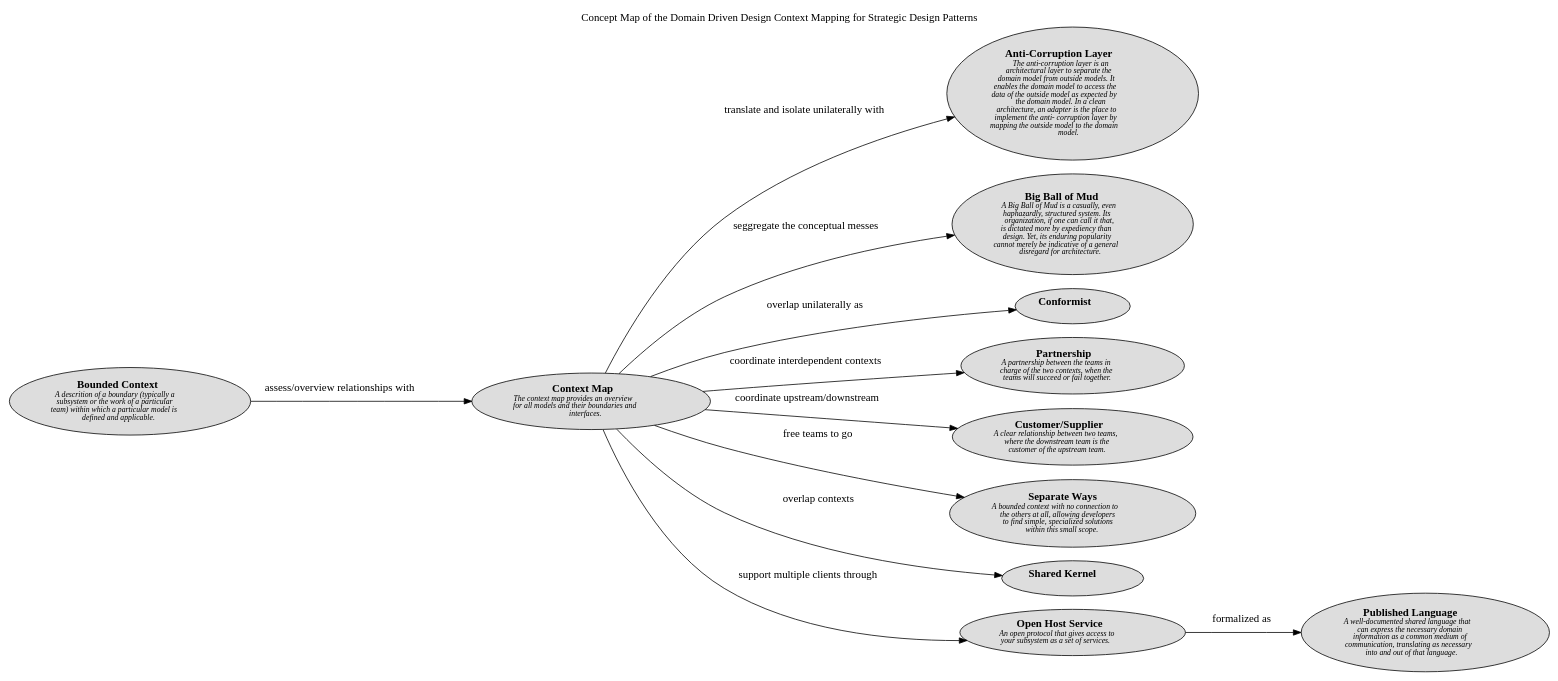
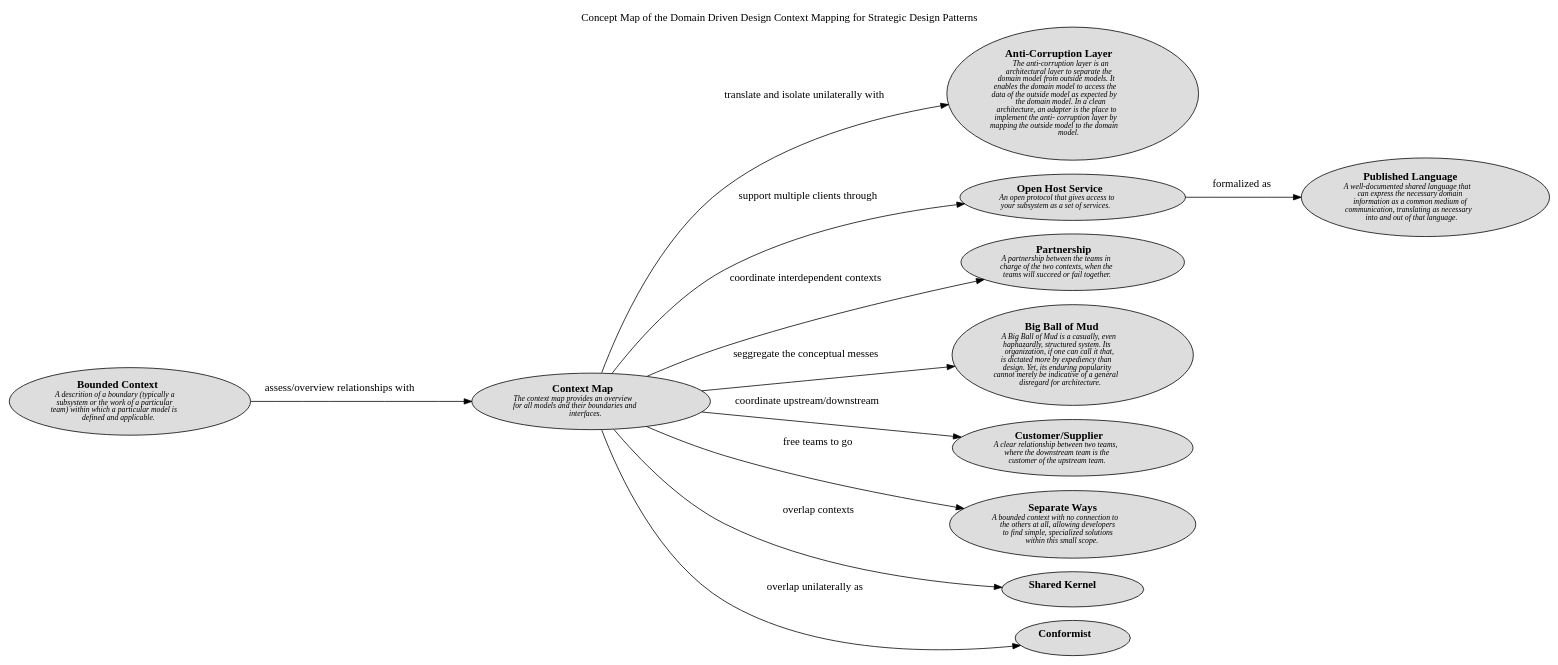
The diagram in docs/software-development/domain-driven-design/context-mapping/concept-view.dot (lsolbach/overarch-models), drawn with Graphviz before and after one commit. The commit also changed other lines of this file and 120 other files, not shown here.

```diff
--- a/docs/software-development/domain-driven-design/context-mapping/concept-view.dot
+++ b/docs/software-development/domain-driven-design/context-mapping/concept-view.dot
@@ -1,32 +1,32 @@
 digraph "Concept Map of the Domain Driven Design Context Mapping for Strategic Design Patterns" {
   labelloc= "t"
   label="Concept Map of the Domain Driven Design Context Mapping for Strategic Design Patterns"
   rankdir="LR"
 
   layout=dot
+software_development_domain_driven_design_context_mapping__c_anti_corruption_layer [shape=ellipse style=filled fillcolor="#dddddd" label=<<B>Anti-Corruption Layer</B><BR/><FONT POINT-SIZE="10"><I>The anti-corruption layer is an<BR/>architectural layer to separate the<BR/>domain model from outside models. It<BR/>enables the domain model to access the<BR/>data of the outside model as expected by<BR/>the domain model. In a clean<BR/>architecture, an adapter is the place to<BR/>implement the anti- corruption layer by<BR/>mapping the outside model to the domain<BR/>model. </I></FONT>>]
+software_development_domain_driven_design_context_mapping__c_open_host_service [shape=ellipse style=filled fillcolor="#dddddd" label=<<B>Open Host Service</B><BR/><FONT POINT-SIZE="10"><I>An open protocol that gives access to<BR/>your subsystem as a set of services. </I></FONT>>]
+software_development_domain_driven_design_context_mapping__c_partnership [shape=ellipse style=filled fillcolor="#dddddd" label=<<B>Partnership</B><BR/><FONT POINT-SIZE="10"><I>A partnership between the teams in<BR/>charge of the two contexts, when the<BR/>teams will succeed or fail together. </I></FONT>>]
+software_development_domain_driven_design_context_mapping__c_big_ball_of_mud [shape=ellipse style=filled fillcolor="#dddddd" label=<<B>Big Ball of Mud</B><BR/><FONT POINT-SIZE="10"><I>A Big Ball of Mud is a casually, even<BR/>haphazardly, structured system. Its<BR/>organization, if one can call it that,<BR/>is dictated more by expediency than<BR/>design. Yet, its enduring popularity<BR/>cannot merely be indicative of a general<BR/>disregard for architecture. </I></FONT>>]
 software_development_domain_driven_design_context_mapping__c_published_language [shape=ellipse style=filled fillcolor="#dddddd" label=<<B>Published Language</B><BR/><FONT POINT-SIZE="10"><I>A well-documented shared language that<BR/>can express the necessary domain<BR/>information as a common medium of<BR/>communication, translating as necessary<BR/>into and out of that language. </I></FONT>>]
-software_development_domain_driven_design_context_mapping__c_anti_corruption_layer [shape=ellipse style=filled fillcolor="#dddddd" label=<<B>Anti-Corruption Layer</B><BR/><FONT POINT-SIZE="10"><I>The anti-corruption layer is an<BR/>architectural layer to separate the<BR/>domain model from outside models. It<BR/>enables the domain model to access the<BR/>data of the outside model as expected by<BR/>the domain model. In a clean<BR/>architecture, an adapter is the place to<BR/>implement the anti- corruption layer by<BR/>mapping the outside model to the domain<BR/>model. </I></FONT>>]
-software_development_domain_driven_design_context_mapping__c_big_ball_of_mud [shape=ellipse style=filled fillcolor="#dddddd" label=<<B>Big Ball of Mud</B><BR/><FONT POINT-SIZE="10"><I>A Big Ball of Mud is a casually, even<BR/>haphazardly, structured system. Its<BR/>organization, if one can call it that,<BR/>is dictated more by expediency than<BR/>design. Yet, its enduring popularity<BR/>cannot merely be indicative of a general<BR/>disregard for architecture. </I></FONT>>]
-software_development_domain_driven_design_context_mapping__c_conformist [shape=ellipse style=filled fillcolor="#dddddd" label=<<B>Conformist</B><BR/><FONT POINT-SIZE="10"><I> </I></FONT>>]
-software_development_domain_driven_design_modelling__c_bounded_context [shape=ellipse style=filled fillcolor="#dddddd" label=<<B>Bounded Context</B><BR/><FONT POINT-SIZE="10"><I>A descrition of a boundary (typically a<BR/>subsystem or the work of a particular<BR/>team) within which a particular model is<BR/>defined and applicable. </I></FONT>>]
-software_development_domain_driven_design_context_mapping__c_partnership [shape=ellipse style=filled fillcolor="#dddddd" label=<<B>Partnership</B><BR/><FONT POINT-SIZE="10"><I>A partnership between the teams in<BR/>charge of the two contexts, when the<BR/>teams will succeed or fail together. </I></FONT>>]
+software_development_domain_driven_design_context_mapping__c_context_map [shape=ellipse style=filled fillcolor="#dddddd" label=<<B>Context Map</B><BR/><FONT POINT-SIZE="10"><I> The context map provides an overview<BR/>for all models and their boundaries and<BR/>interfaces. </I></FONT>>]
 software_development_domain_driven_design_context_mapping__c_customer_supplier [shape=ellipse style=filled fillcolor="#dddddd" label=<<B>Customer/Supplier</B><BR/><FONT POINT-SIZE="10"><I>A clear relationship between two teams,<BR/>where the downstream team is the<BR/>customer of the upstream team. </I></FONT>>]
 software_development_domain_driven_design_context_mapping__c_separate_ways [shape=ellipse style=filled fillcolor="#dddddd" label=<<B>Separate Ways</B><BR/><FONT POINT-SIZE="10"><I>A bounded context with no connection to<BR/>the others at all, allowing developers<BR/>to find simple, specialized solutions<BR/>within this small scope. </I></FONT>>]
-software_development_domain_driven_design_context_mapping__c_context_map [shape=ellipse style=filled fillcolor="#dddddd" label=<<B>Context Map</B><BR/><FONT POINT-SIZE="10"><I> The context map provides an overview<BR/>for all models and their boundaries and<BR/>interfaces. </I></FONT>>]
 software_development_domain_driven_design_context_mapping__c_shared_kernel [shape=ellipse style=filled fillcolor="#dddddd" label=<<B>Shared Kernel</B><BR/><FONT POINT-SIZE="10"><I> </I></FONT>>]
-software_development_domain_driven_design_context_mapping__c_open_host_service [shape=ellipse style=filled fillcolor="#dddddd" label=<<B>Open Host Service</B><BR/><FONT POINT-SIZE="10"><I>An open protocol that gives access to<BR/>your subsystem as a set of services. </I></FONT>>]
+software_development_domain_driven_design_modelling__c_bounded_context [shape=ellipse style=filled fillcolor="#dddddd" label=<<B>Bounded Context</B><BR/><FONT POINT-SIZE="10"><I>A descrition of a boundary (typically a<BR/>subsystem or the work of a particular<BR/>team) within which a particular model is<BR/>defined and applicable. </I></FONT>>]
+software_development_domain_driven_design_context_mapping__c_conformist [shape=ellipse style=filled fillcolor="#dddddd" label=<<B>Conformist</B><BR/><FONT POINT-SIZE="10"><I> </I></FONT>>]
  
 software_development_domain_driven_design_context_mapping__c_context_map -> software_development_domain_driven_design_context_mapping__c_conformist [label=<overlap unilaterally as<BR/><FONT POINT-SIZE="10"><I> </I></FONT>>]
 software_development_domain_driven_design_context_mapping__c_context_map -> software_development_domain_driven_design_context_mapping__c_anti_corruption_layer [label=<translate and isolate unilaterally with<BR/><FONT POINT-SIZE="10"><I> </I></FONT>>]
 software_development_domain_driven_design_context_mapping__c_context_map -> software_development_domain_driven_design_context_mapping__c_big_ball_of_mud [label=<seggregate the conceptual messes<BR/><FONT POINT-SIZE="10"><I> </I></FONT>>]
 software_development_domain_driven_design_context_mapping__c_open_host_service -> software_development_domain_driven_design_context_mapping__c_published_language [label=<formalized as<BR/><FONT POINT-SIZE="10"><I> </I></FONT>>]
 software_development_domain_driven_design_context_mapping__c_context_map -> software_development_domain_driven_design_context_mapping__c_open_host_service [label=<support multiple clients through<BR/><FONT POINT-SIZE="10"><I> </I></FONT>>]
 software_development_domain_driven_design_modelling__c_bounded_context -> software_development_domain_driven_design_context_mapping__c_context_map [label=<assess/overview relationships with<BR/><FONT POINT-SIZE="10"><I> </I></FONT>>]
 software_development_domain_driven_design_context_mapping__c_context_map -> software_development_domain_driven_design_context_mapping__c_customer_supplier [label=<coordinate upstream/downstream<BR/><FONT POINT-SIZE="10"><I> </I></FONT>>]
 software_development_domain_driven_design_context_mapping__c_context_map -> software_development_domain_driven_design_context_mapping__c_separate_ways [label=<free teams to go<BR/><FONT POINT-SIZE="10"><I> </I></FONT>>]
 software_development_domain_driven_design_context_mapping__c_context_map -> software_development_domain_driven_design_context_mapping__c_partnership [label=<coordinate interdependent contexts<BR/><FONT POINT-SIZE="10"><I> </I></FONT>>]
 software_development_domain_driven_design_context_mapping__c_context_map -> software_development_domain_driven_design_context_mapping__c_shared_kernel [label=<overlap contexts<BR/><FONT POINT-SIZE="10"><I> </I></FONT>>]
  
 }
 
 // (generated by Overarch with template views/view.dot.cmb)
```
